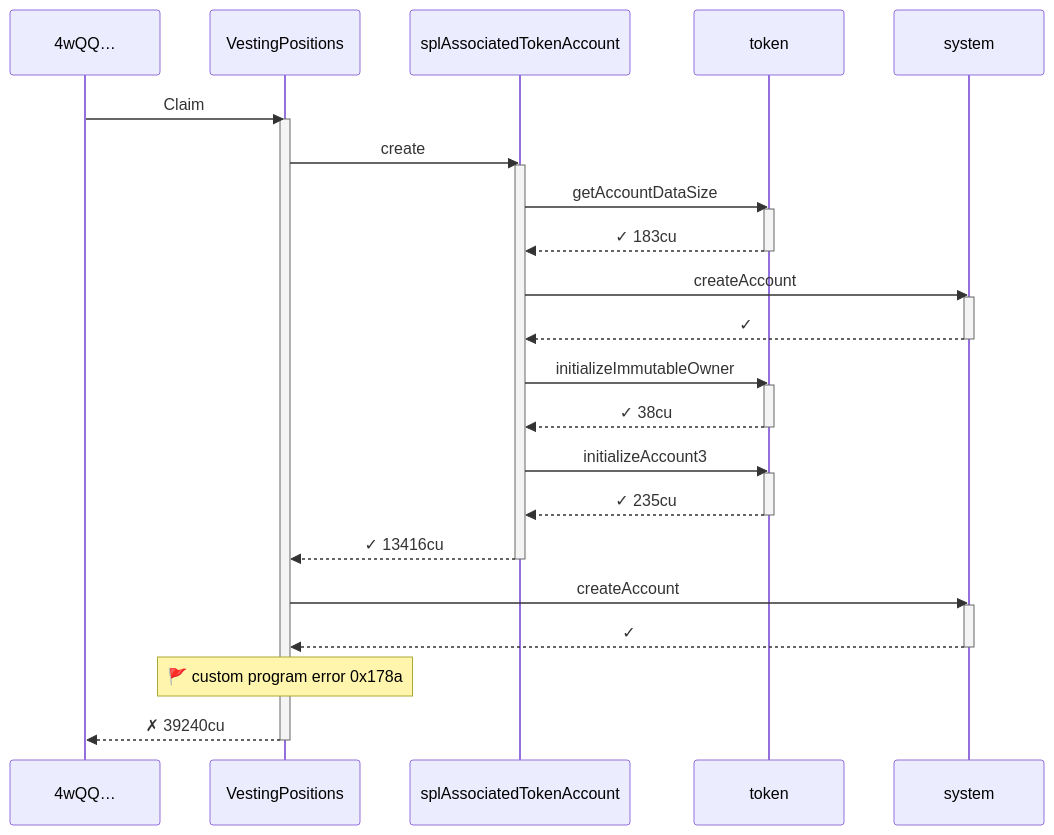
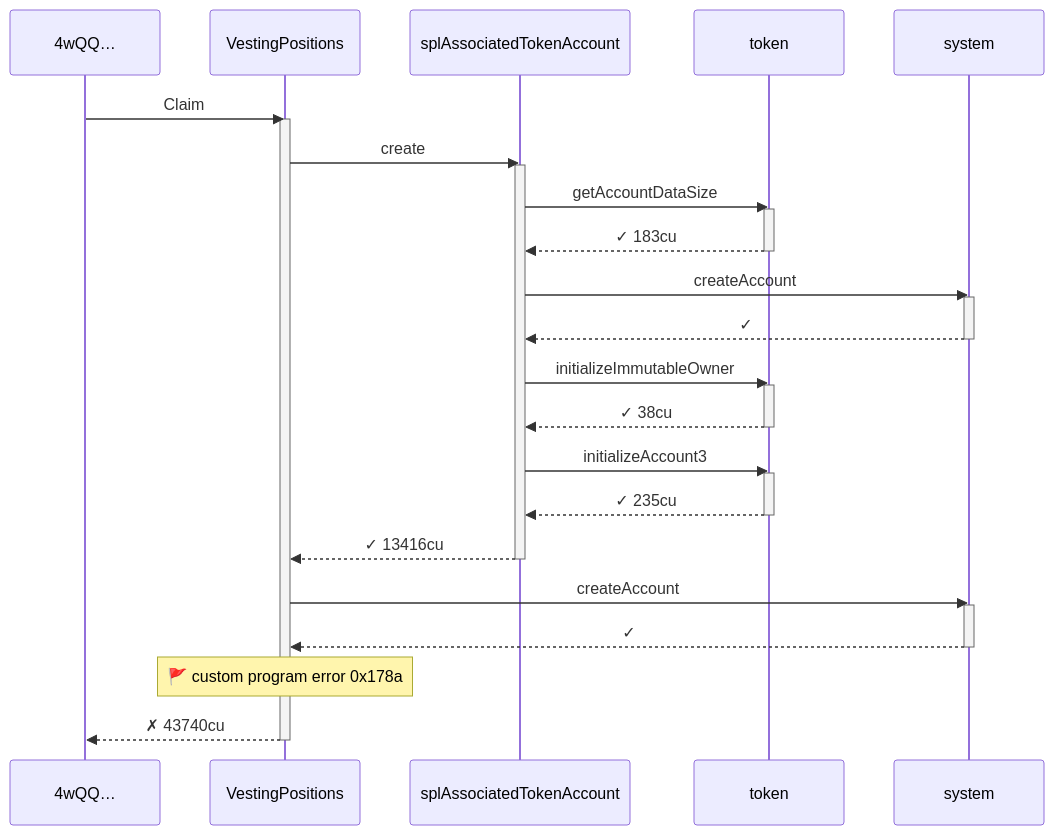
One commit to cds-turbin3/vesting-position changed the fourth of 6 diagrams in babelfish-tests/test-report/scenario_10_claim_before_start_fails.md. Above: the diagram before and after it, drawn with Mermaid. The commit also changed other lines of this file and 106 other files, not shown here.

````diff
--- a/babelfish-tests/test-report/scenario_10_claim_before_start_fails.md
+++ b/babelfish-tests/test-report/scenario_10_claim_before_start_fails.md
@@ -198,37 +206,37 @@
 ```mermaid
 sequenceDiagram
     participant p0 as 4wQQ…
     participant p1 as VestingPositions
     participant p2 as splAssociatedTokenAccount
     participant p3 as token
     participant p4 as system
     p0->>p1: Claim
     activate p1
     p1->>p2: create
     activate p2
     p2->>p3: getAccountDataSize
     activate p3
     p3-->>p2: ✓ 183cu
     deactivate p3
     p2->>p4: createAccount
     activate p4
     p4-->>p2: ✓
     deactivate p4
     p2->>p3: initializeImmutableOwner
     activate p3
     p3-->>p2: ✓ 38cu
     deactivate p3
     p2->>p3: initializeAccount3
     activate p3
     p3-->>p2: ✓ 235cu
     deactivate p3
     p2-->>p1: ✓ 13416cu
     deactivate p2
     p1->>p4: createAccount
     activate p4
     p4-->>p1: ✓
     deactivate p4
     note over p1: 🚩 custom program error  0x178a
-    p1-->>p0: ✗ 39240cu
+    p1-->>p0: ✗ 43740cu
     deactivate p1
 ```
````
